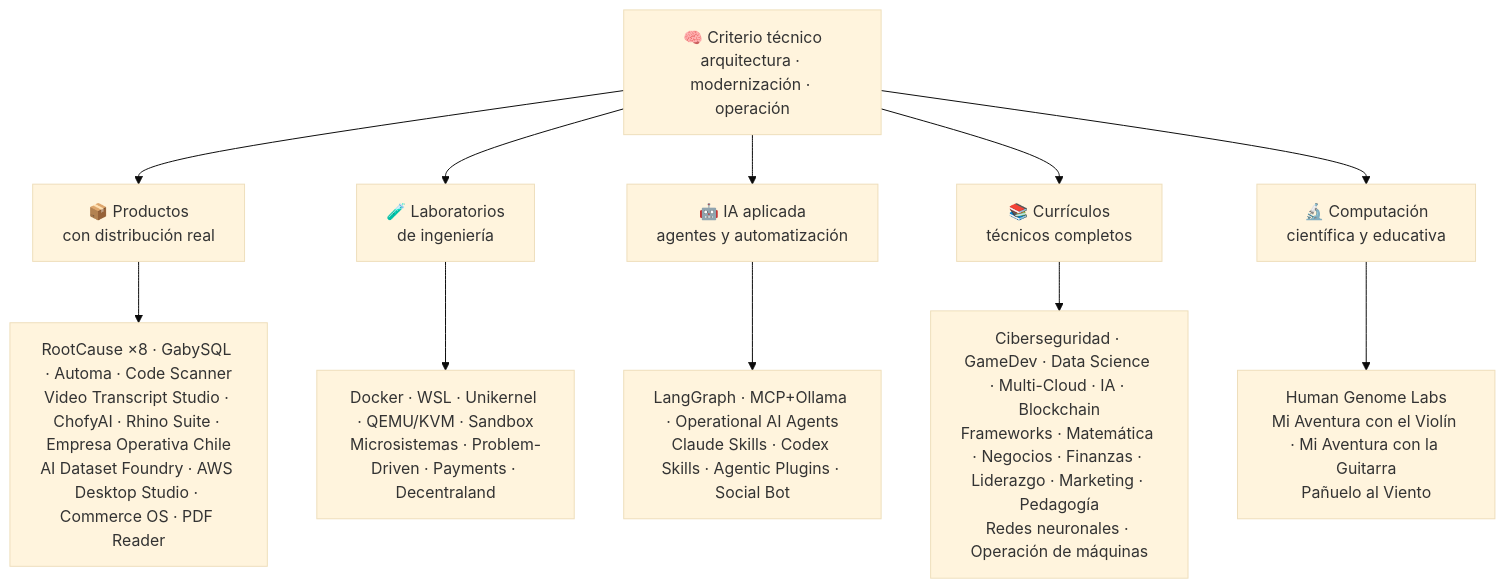
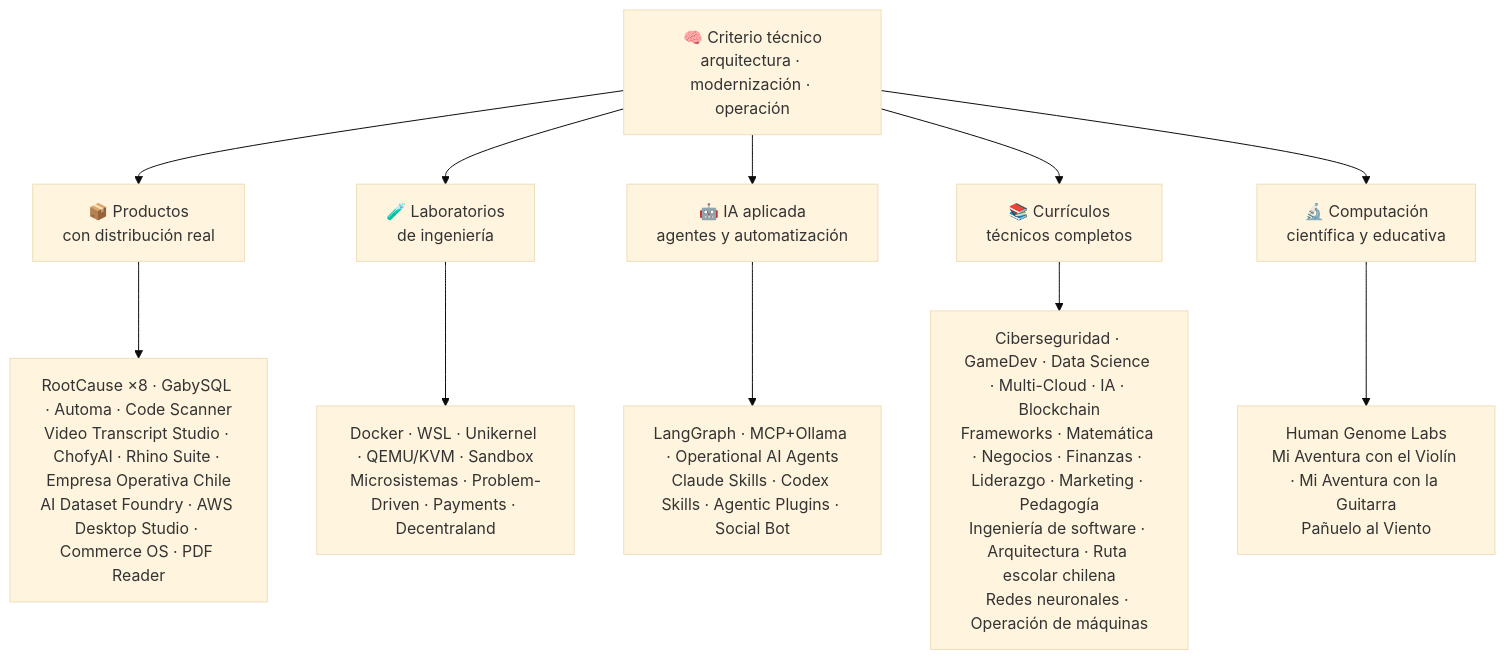
The diagram in README.md (vladimiracunadev-create/vladimiracunadev-create), drawn with Mermaid (base theme) before and after one commit. The commit also changed other lines of this file and 24 other files, not shown here.

````diff
--- a/README.md
+++ b/README.md
@@ -76,14 +76,14 @@
 ```mermaid
 flowchart TD
     A["🧠 Criterio técnico<br/>arquitectura · modernización · operación"] --> B["📦 Productos<br/>con distribución real"]
     A --> C["🧪 Laboratorios<br/>de ingeniería"]
     A --> D["🤖 IA aplicada<br/>agentes y automatización"]
     A --> E["📚 Currículos<br/>técnicos completos"]
     A --> F["🔬 Computación<br/>científica y educativa"]
 
     B --> B1["RootCause ×8 · GabySQL · Automa · Code Scanner<br/>Video Transcript Studio · ChofyAI · Rhino Suite · Empresa Operativa Chile<br/>AI Dataset Foundry · AWS Desktop Studio · Commerce OS · PDF Reader"]
     C --> C1["Docker · WSL · Unikernel · QEMU/KVM · Sandbox<br/>Microsistemas · Problem-Driven · Payments · Decentraland"]
     D --> D1["LangGraph · MCP+Ollama · Operational AI Agents<br/>Claude Skills · Codex Skills · Agentic Plugins · Social Bot"]
-    E --> E1["Ciberseguridad · GameDev · Data Science · Multi-Cloud · IA · Blockchain<br/>Frameworks · Matemática · Negocios · Finanzas · Liderazgo · Marketing · Pedagogía<br/>Redes neuronales · Operación de máquinas"]
+    E --> E1["Ciberseguridad · GameDev · Data Science · Multi-Cloud · IA · Blockchain<br/>Frameworks · Matemática · Negocios · Finanzas · Liderazgo · Marketing · Pedagogía<br/>Ingeniería de software · Arquitectura · Ruta escolar chilena<br/>Redes neuronales · Operación de máquinas"]
     F --> F1["Human Genome Labs<br/>Mi Aventura con el Violín · Mi Aventura con la Guitarra<br/>Pañuelo al Viento"]
 ```
````
